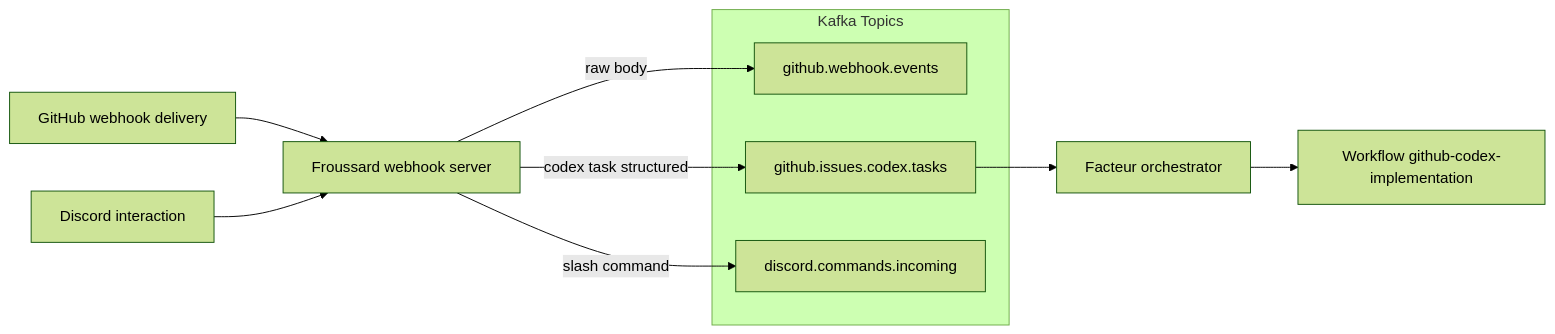
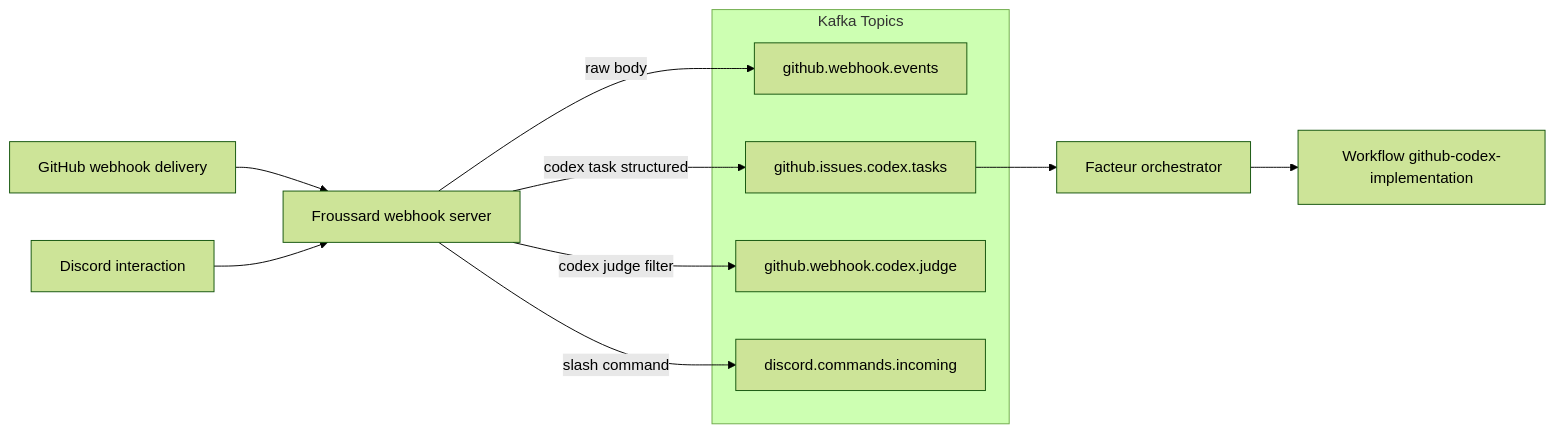
One commit to proompteng/lab changed the diagram in apps/froussard/README.md. Above: the diagram before and after it, drawn with Mermaid (forest theme). The commit also changed other lines of this file and 11 other files, not shown here.

Commit message:
feat(froussard): publish codex judge webhook events (#2251)

````diff
--- a/apps/froussard/README.md
+++ b/apps/froussard/README.md
@@ -10,15 +10,17 @@
 ```mermaid
 flowchart LR
   GH[GitHub webhook delivery] --> Froussard[Froussard webhook server]
   Discord[Discord interaction] --> Froussard
   subgraph Kafka Topics
     Raw[github.webhook.events]
     Structured[github.issues.codex.tasks]
+    CodexJudge[github.webhook.codex.judge]
     DiscordTopic[discord.commands.incoming]
   end
   Froussard -->|raw body| Raw
+  Froussard -->|codex judge filter| CodexJudge
   Froussard -->|codex task structured| Structured
   Froussard -->|slash command| DiscordTopic
   Structured --> Facteur[Facteur orchestrator]
   Facteur --> Implementation[Workflow github-codex-implementation]
 ```
````
